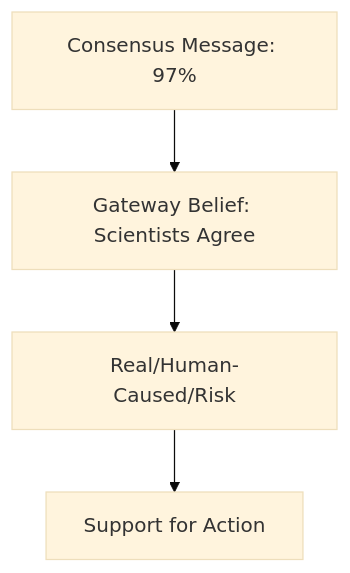
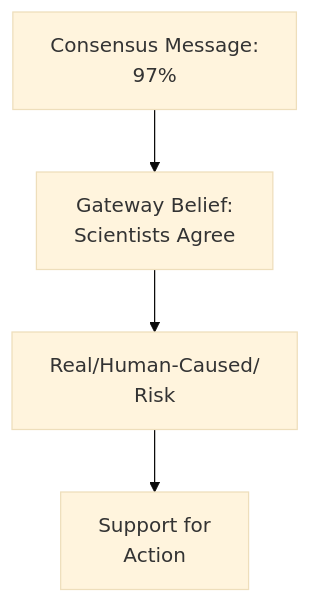
The sixth of 7 diagrams in Communication_Influence/Mastery_Guide_SOW_BS033.md (GM024/CourseSummaries), drawn with Mermaid (base theme) before and after one commit. The commit also changed other lines of this file, not shown here.

Commit message:
Fix Mermaid diagram text overflow using <br /> tags

````diff
--- a/Communication_Influence/Mastery_Guide_SOW_BS033.md
+++ b/Communication_Influence/Mastery_Guide_SOW_BS033.md
@@ -177,6 +177,6 @@
 ```mermaid
 graph TD
-    Consensus[Consensus Message: 97%] --> Gateway[Gateway Belief: Scientists Agree]
-    Gateway --> KeyBeliefs[Real/Human-Caused/Risk]
-    KeyBeliefs --> PolicySupport[Support for Action]
+    Consensus[Consensus Message:<br/>97%] --> Gateway[Gateway Belief:<br/>Scientists Agree]
+    Gateway --> KeyBeliefs[Real/Human-Caused/<br/>Risk]
+    KeyBeliefs --> PolicySupport[Support for<br/>Action]
 ```
````
